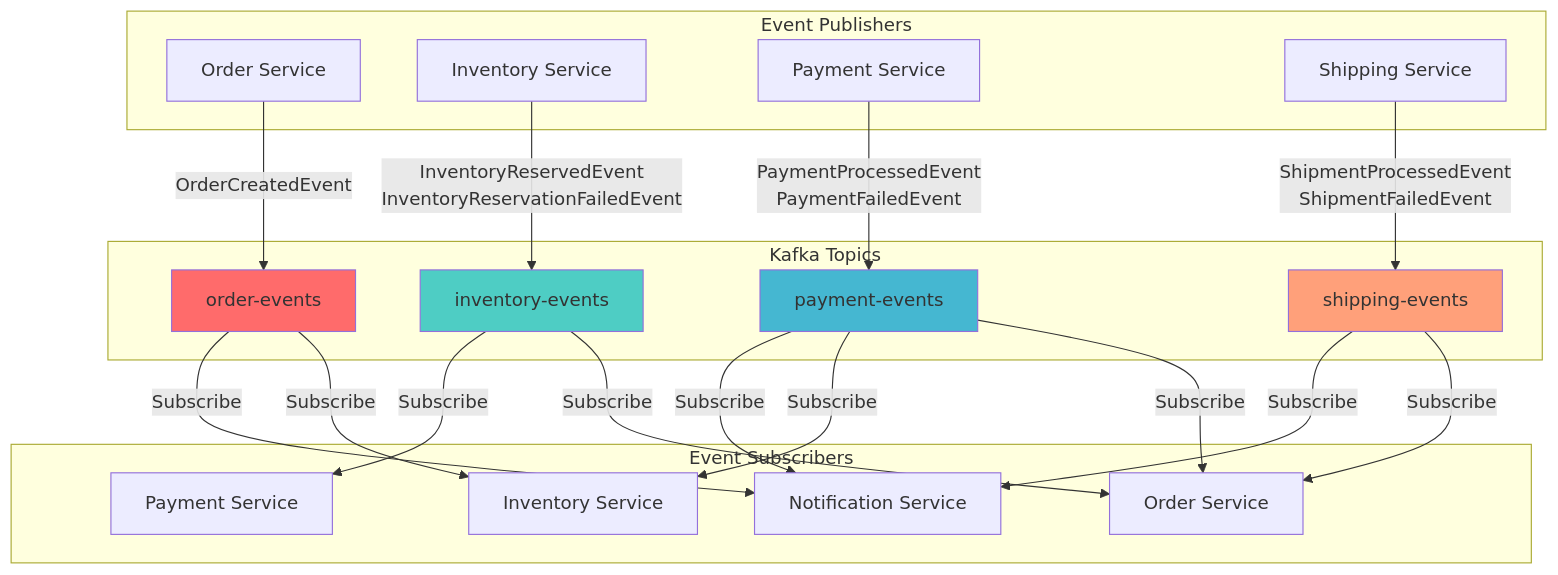
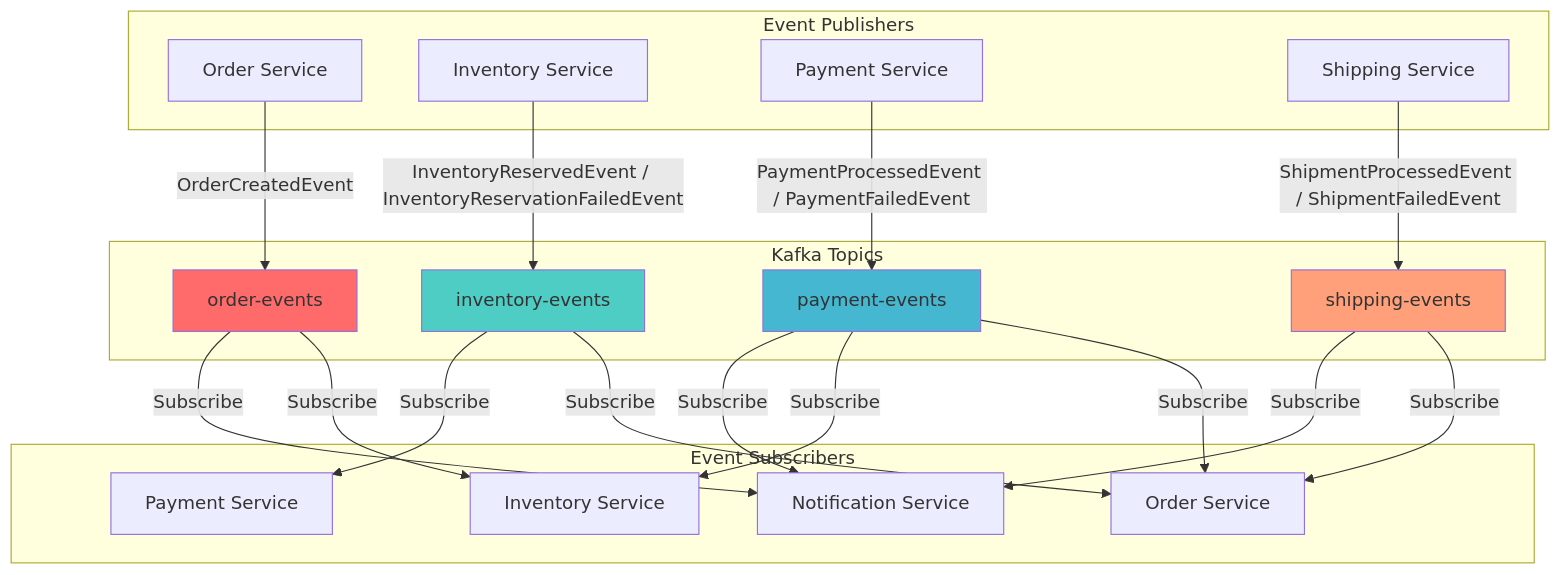
Before and after one commit to hagsmand/workshop-bob-micro: the seventh of 14 diagrams in README.md, drawn with Mermaid. The commit also changed other lines of this file, not shown here.

````diff
--- a/README.md
+++ b/README.md
@@ -342,46 +342,46 @@
 ```mermaid
 graph TB
     subgraph "Event Publishers"
         OrderSvc[Order Service]
         InventorySvc[Inventory Service]
         PaymentSvc[Payment Service]
         ShippingSvc[Shipping Service]
     end
     
     subgraph "Kafka Topics"
         OrderTopic[order-events]
         InventoryTopic[inventory-events]
         PaymentTopic[payment-events]
         ShippingTopic[shipping-events]
     end
     
     subgraph "Event Subscribers"
         OrderSub[Order Service]
         InventorySub[Inventory Service]
         PaymentSub[Payment Service]
         NotificationSub[Notification Service]
     end
     
     OrderSvc -->|OrderCreatedEvent| OrderTopic
-    InventorySvc -->|InventoryReservedEvent<br/>InventoryReservationFailedEvent| InventoryTopic
-    PaymentSvc -->|PaymentProcessedEvent<br/>PaymentFailedEvent| PaymentTopic
-    ShippingSvc -->|ShipmentProcessedEvent<br/>ShipmentFailedEvent| ShippingTopic
+    InventorySvc -->|InventoryReservedEvent / InventoryReservationFailedEvent| InventoryTopic
+    PaymentSvc -->|PaymentProcessedEvent / PaymentFailedEvent| PaymentTopic
+    ShippingSvc -->|ShipmentProcessedEvent / ShipmentFailedEvent| ShippingTopic
     
     OrderTopic -->|Subscribe| InventorySub
     OrderTopic -->|Subscribe| NotificationSub
     
     InventoryTopic -->|Subscribe| OrderSub
     InventoryTopic -->|Subscribe| PaymentSub
     
     PaymentTopic -->|Subscribe| OrderSub
     PaymentTopic -->|Subscribe| InventorySub
     PaymentTopic -->|Subscribe| NotificationSub
     
     ShippingTopic -->|Subscribe| OrderSub
     ShippingTopic -->|Subscribe| NotificationSub
     
     style OrderTopic fill:#FF6B6B
     style InventoryTopic fill:#4ECDC4
     style PaymentTopic fill:#45B7D1
     style ShippingTopic fill:#FFA07A
 ```
````
